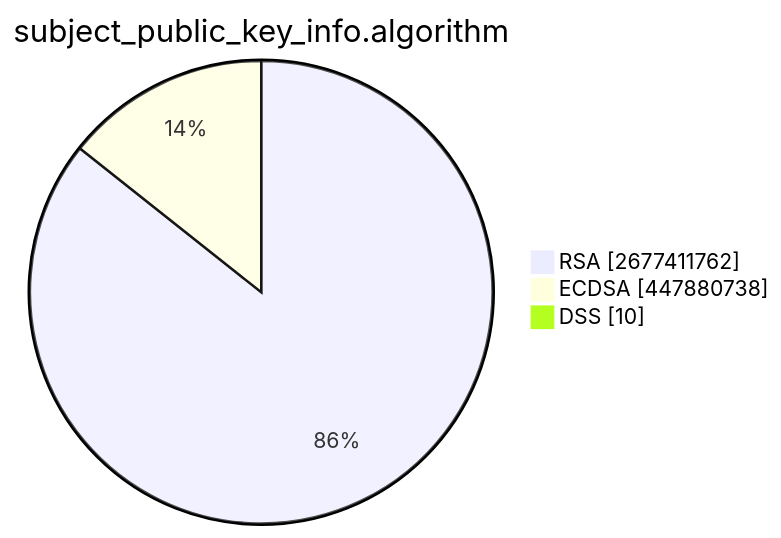
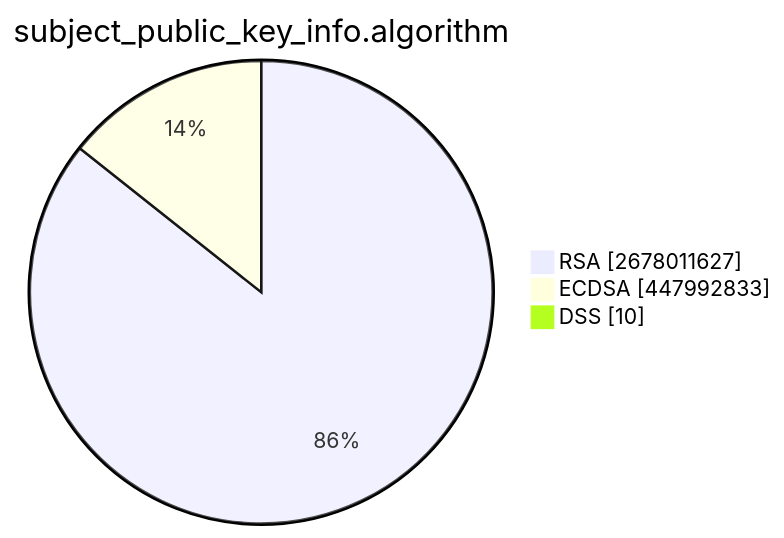
Before and after one commit to christiankrug/ctmonitor_visualization: the second of 15 diagrams in TOTAL/README.md, drawn with Mermaid. The commit also changed other lines of this file, not shown here.

````diff
--- a/TOTAL/README.md
+++ b/TOTAL/README.md
@@ -6,7 +6,7 @@
 ```mermaid
 pie showData
 title subject_public_key_info.algorithm
-"RSA" :2677411762
-"ECDSA" :447880738
+"RSA" :2678011627
+"ECDSA" :447992833
 "DSS" :10
 ```
````
